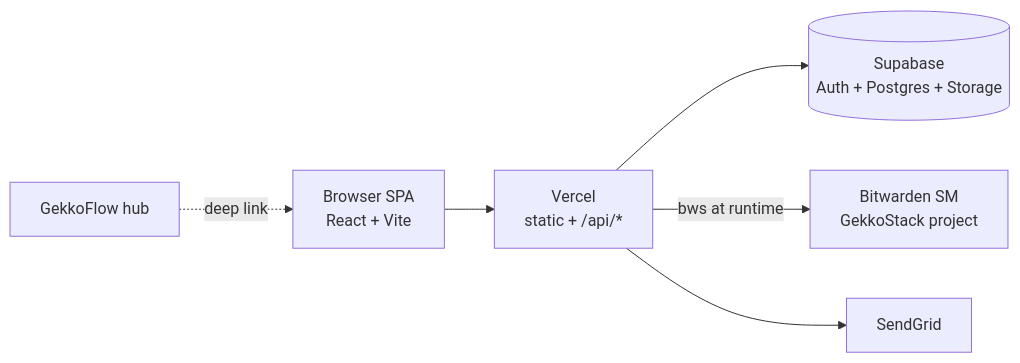
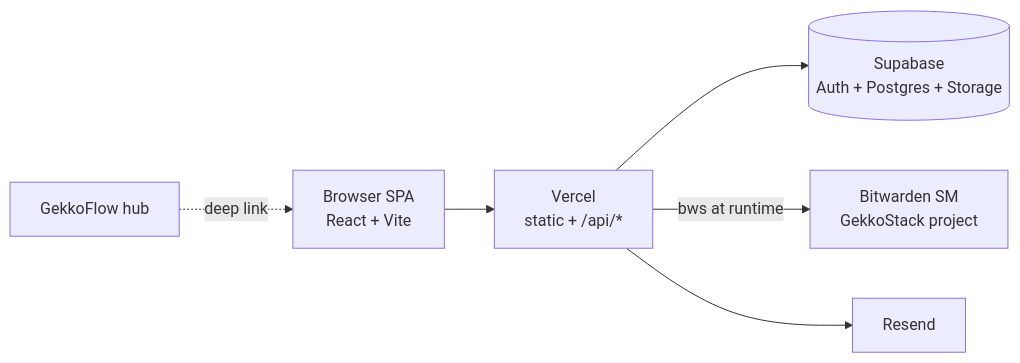
Before and after one commit to EswanHoll/Kruispad: the second of 3 diagrams in docs/architecture/ARCHITECTURE.md, drawn with Mermaid. The commit also changed other lines of this file and 9 other files, not shown here.

First line of the commit message:
chore: switch email provider from SendGrid to Resend

````diff
--- a/docs/architecture/ARCHITECTURE.md
+++ b/docs/architecture/ARCHITECTURE.md
@@ -57,8 +57,8 @@
 ```mermaid
 flowchart LR
   Browser["Browser SPA\nReact + Vite"] --> Vercel["Vercel\nstatic + /api/*"]
   Vercel --> SB[(Supabase\nAuth + Postgres + Storage)]
   Vercel -->|"bws at runtime"| BWS["Bitwarden SM\nGekkoStack project"]
-  Vercel --> SG[SendGrid]
+  Vercel --> RS[Resend]
   GekkoFlow["GekkoFlow hub"] -.->|"deep link"| Browser
 ```
````
